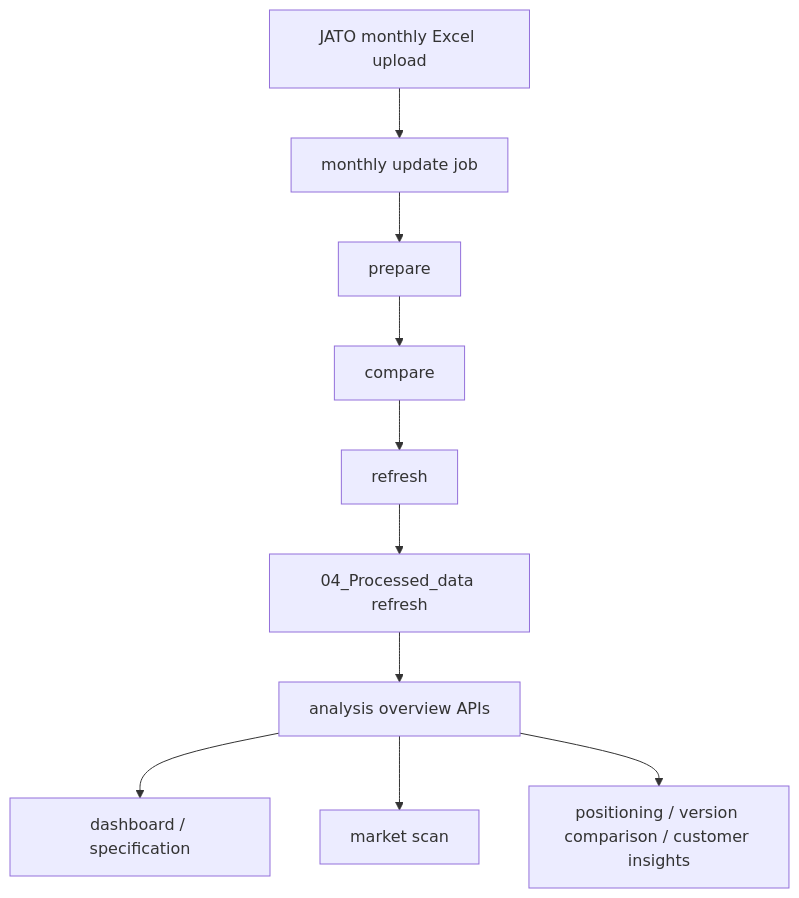
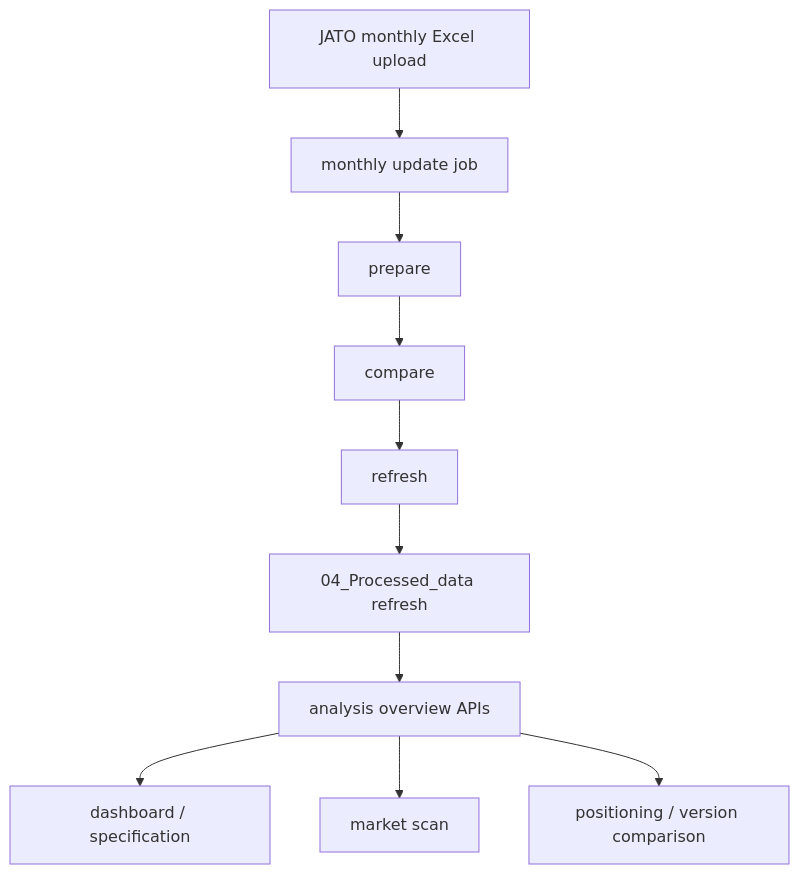
One commit to tristan419/JATO_Analysis_System changed the second of 7 diagrams in Markdown_Readme/Fullstack/WORKFLOWS/BUSINESS_PIPELINE_WORKFLOWS.md. Above: the diagram before and after it, drawn with Mermaid. The commit also changed other lines of this file and 20 other files, not shown here.

````diff
--- a/Markdown_Readme/Fullstack/WORKFLOWS/BUSINESS_PIPELINE_WORKFLOWS.md
+++ b/Markdown_Readme/Fullstack/WORKFLOWS/BUSINESS_PIPELINE_WORKFLOWS.md
@@ -84,12 +92,12 @@
 ```mermaid
 flowchart TD
   A[JATO monthly Excel upload] --> B[monthly update job]
   B --> C[prepare]
   C --> D[compare]
   D --> E[refresh]
   E --> F[04_Processed_data refresh]
   F --> G[analysis overview APIs]
   G --> H[dashboard / specification]
   G --> I[market scan]
-  G --> J[positioning / version comparison / customer insights]
+  G --> J[positioning / version comparison]
 ```
````
